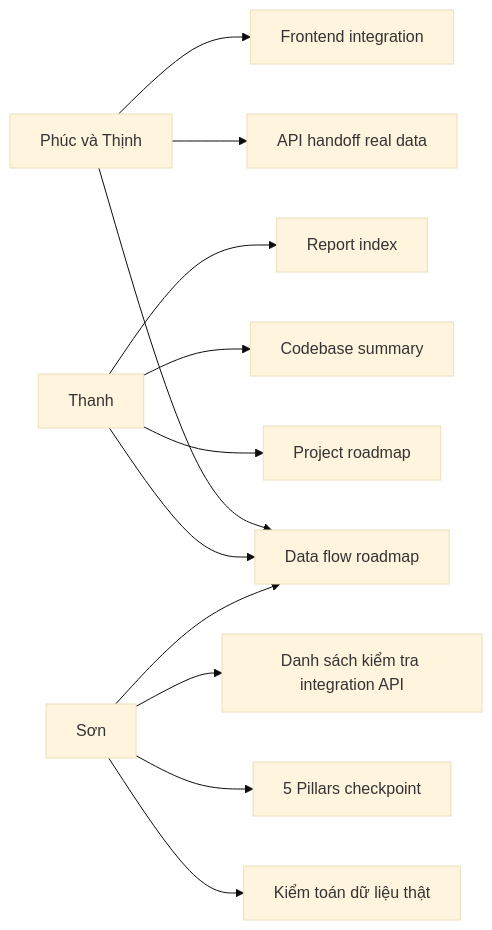
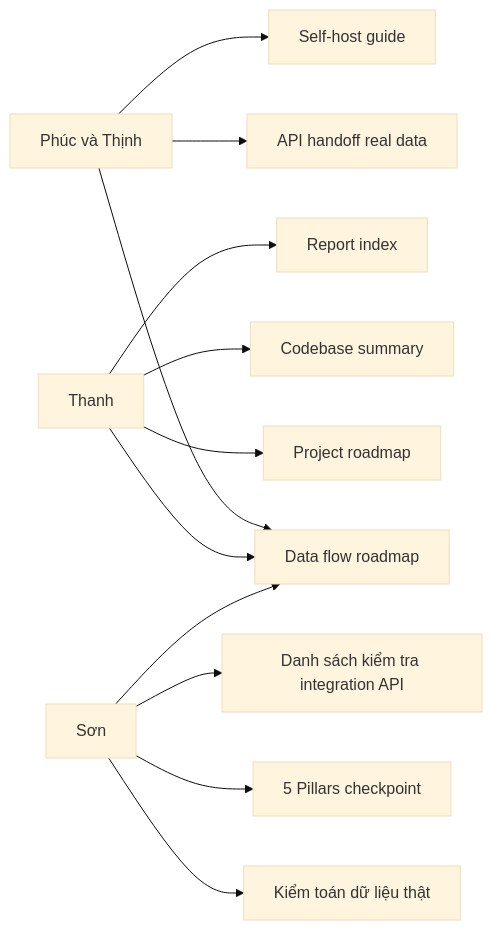
One commit to uit-25730067-chithanh/AI002-Team22-DT10 changed the second of 2 diagrams in docs/README.md. Above: the diagram before and after it, drawn with Mermaid (base theme). The commit also changed other lines of this file and 7 other files, not shown here.

First line of the commit message:
feat: add self-host guide and api security tests

````diff
--- a/docs/README.md
+++ b/docs/README.md
@@ -36,16 +47,16 @@
 ```mermaid
 flowchart LR
     A[Phúc và Thịnh] --> B[Data flow roadmap]
     A --> C[API handoff real data]
-    A --> D[Frontend integration]
+    A --> D[Self-host guide]
 
     E[Thanh] --> B
     E --> F[Project roadmap]
     E --> G[Codebase summary]
     E --> L[Report index]
 
     H[Sơn] --> B
     H --> I[Kiểm toán dữ liệu thật]
     H --> J[5 Pillars checkpoint]
     H --> K[Danh sách kiểm tra integration API]
 ```
````
